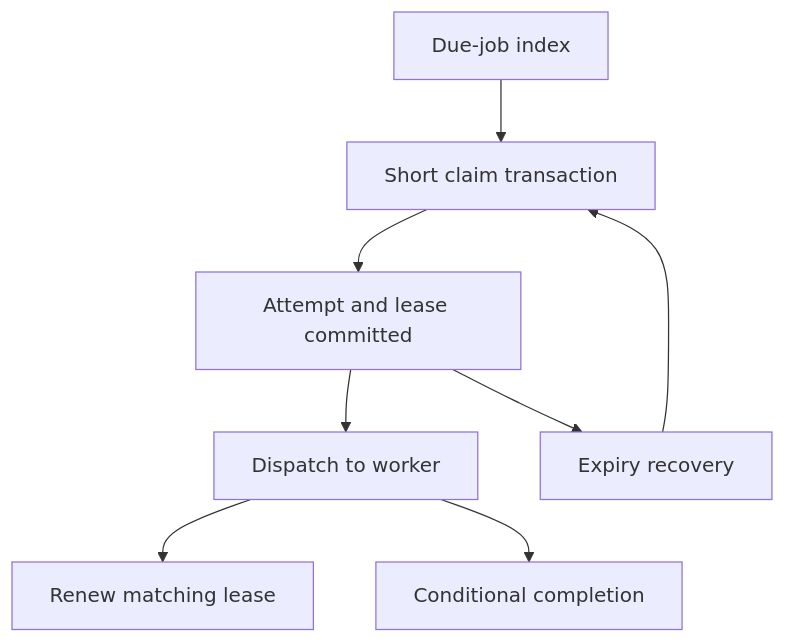
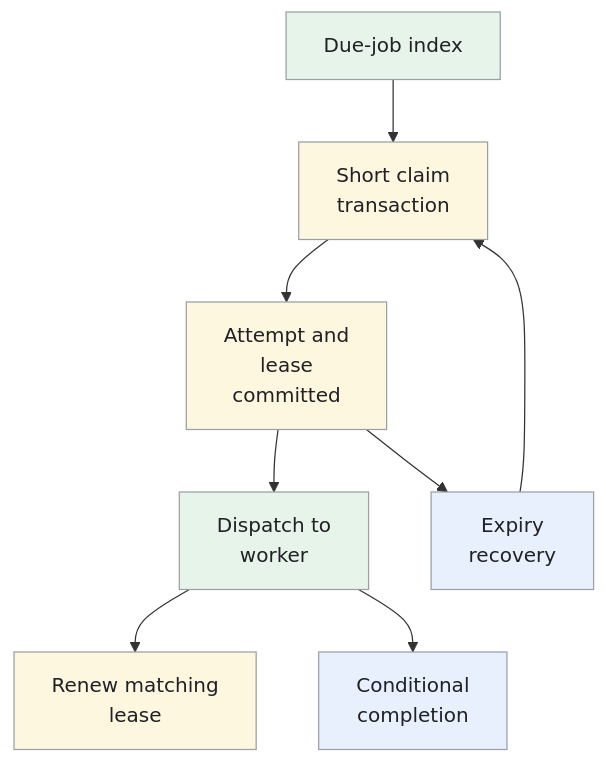
One commit to iliazlobin/iliazlobin.github.io changed the fourth of 4 diagrams in _designs/system-design-job-scheduler.md. Above: the diagram before and after it, drawn with Mermaid. The commit also changed other lines of this file and 131 other files, not shown here.

````diff
--- a/_designs/system-design-job-scheduler.md
+++ b/_designs/system-design-job-scheduler.md
@@ -199,10 +277,16 @@
 ```mermaid
 flowchart TB
-  D["Due-job index"] --> C["Short claim transaction"]
-  C --> L["Attempt and lease committed"]
-  L --> W["Dispatch to worker"]
-  W --> H["Renew matching lease"]
-  W --> F["Conditional completion"]
-  L --> E["Expiry recovery"]
+  D["Due-job index"] --> C["Short claim<br>transaction"]
+  C --> L["Attempt and<br>lease<br>committed"]
+  L --> W["Dispatch to<br>worker"]
+  W --> H["Renew matching<br>lease"]
+  W --> F["Conditional<br>completion"]
+  L --> E["Expiry<br>recovery"]
   E --> C
+  classDef request fill:#e8f0fe,stroke:#9aa0a6,color:#202124,stroke-width:1px
+  classDef background fill:#e6f4ea,stroke:#9aa0a6,color:#202124,stroke-width:1px
+  classDef control fill:#fef7e0,stroke:#9aa0a6,color:#202124,stroke-width:1px
+  class F,E request
+  class D,W background
+  class C,L,H control
 ```
````
